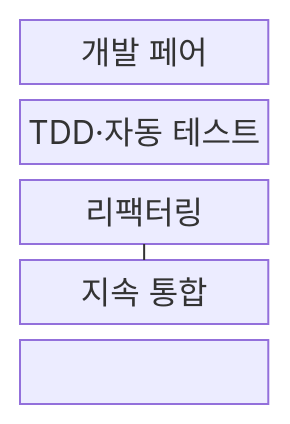
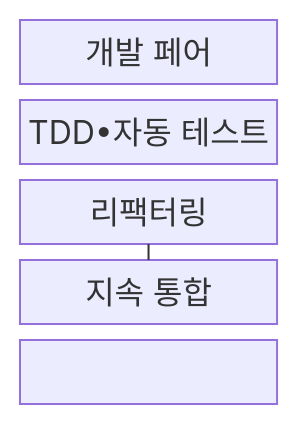
The first of 2 diagrams in src/content/docs/notes/03-software/034_extreme_programming.md (agnusdei1207/knowledge-base), drawn with Mermaid before and after one commit. The commit also changed other lines of this file and 953 other files, not shown here.

````diff
--- a/src/content/docs/notes/03-software/034_extreme_programming.md
+++ b/src/content/docs/notes/03-software/034_extreme_programming.md
@@ -70,10 +70,10 @@
 ```mermaid
 block-beta
   columns 1
   P["개발 페어"]
-  T["TDD·자동 테스트"]
+  T["TDD•자동 테스트"]
   R["리팩터링"]
   I["지속 통합"]
   P --- T --- R
   R --- I
 ```
````
